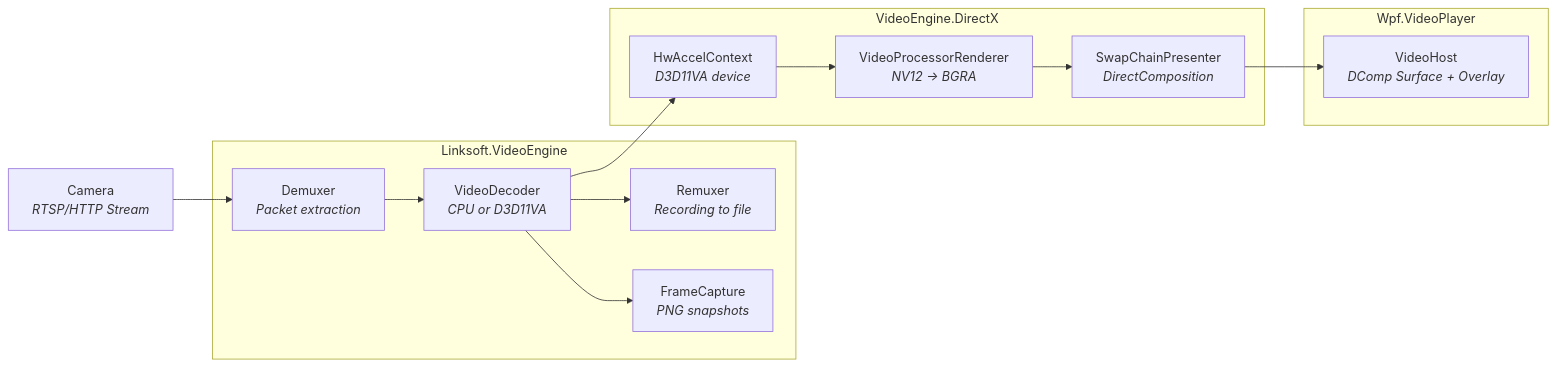
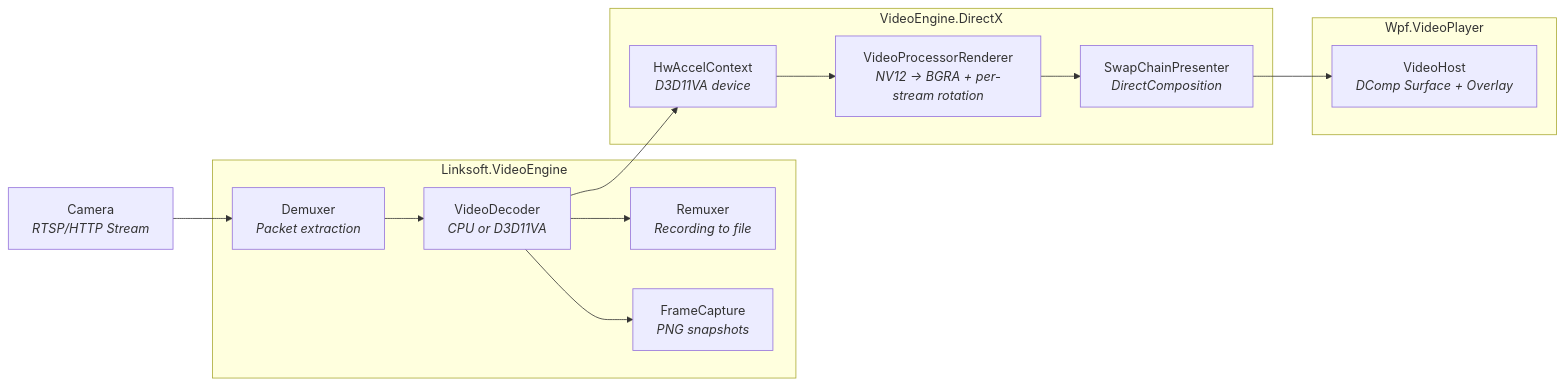
Before and after one commit to davidkallesen/Linksoft.VideoSurveillance: the fourth of 8 diagrams in docs/architecture.md, drawn with Mermaid. The commit also changed other lines of this file and 31 other files, not shown here.

````diff
--- a/docs/architecture.md
+++ b/docs/architecture.md
@@ -123,30 +123,30 @@
 ```mermaid
 graph LR
     Camera["Camera<br/><i>RTSP/HTTP Stream</i>"]
 
     subgraph VideoEngine["Linksoft.VideoEngine"]
         Demuxer["Demuxer<br/><i>Packet extraction</i>"]
         Decoder["VideoDecoder<br/><i>CPU or D3D11VA</i>"]
         Remuxer["Remuxer<br/><i>Recording to file</i>"]
         Capture["FrameCapture<br/><i>PNG snapshots</i>"]
     end
 
     subgraph DirectX["VideoEngine.DirectX"]
         HwAccel["HwAccelContext<br/><i>D3D11VA device</i>"]
-        VPR["VideoProcessorRenderer<br/><i>NV12 → BGRA</i>"]
+        VPR["VideoProcessorRenderer<br/><i>NV12 → BGRA + per-stream rotation</i>"]
         SCP["SwapChainPresenter<br/><i>DirectComposition</i>"]
     end
 
     subgraph WPF["Wpf.VideoPlayer"]
         VideoHost["VideoHost<br/><i>DComp Surface + Overlay</i>"]
     end
 
     Camera --> Demuxer
     Demuxer --> Decoder
     Decoder --> Remuxer
     Decoder --> Capture
     Decoder --> HwAccel
     HwAccel --> VPR
     VPR --> SCP
     SCP --> VideoHost
 ```
````
